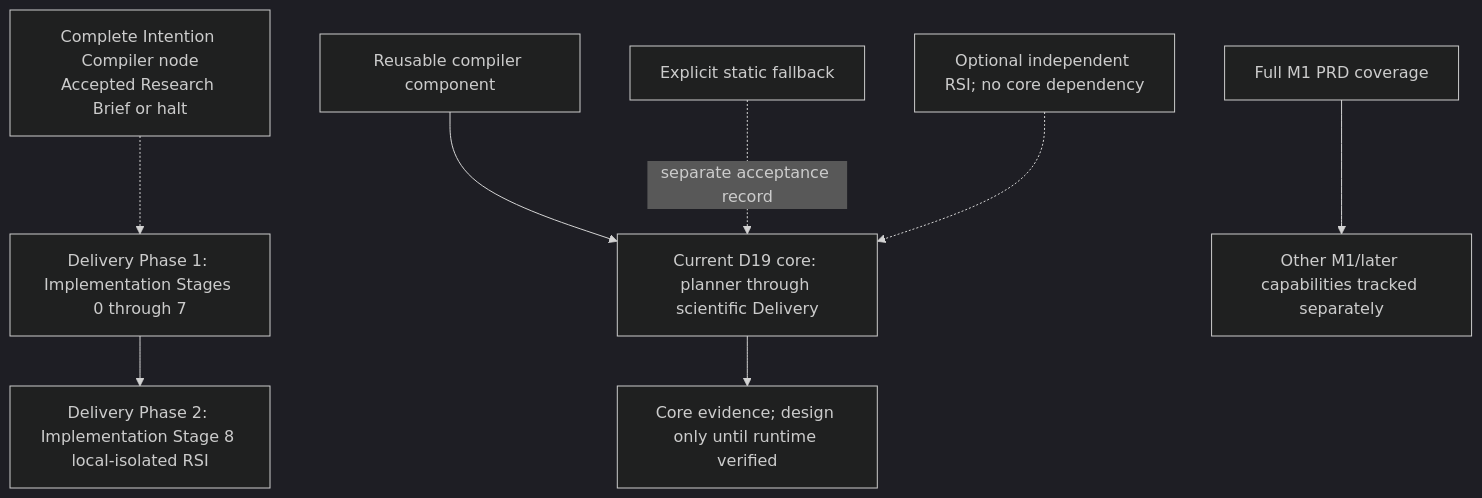
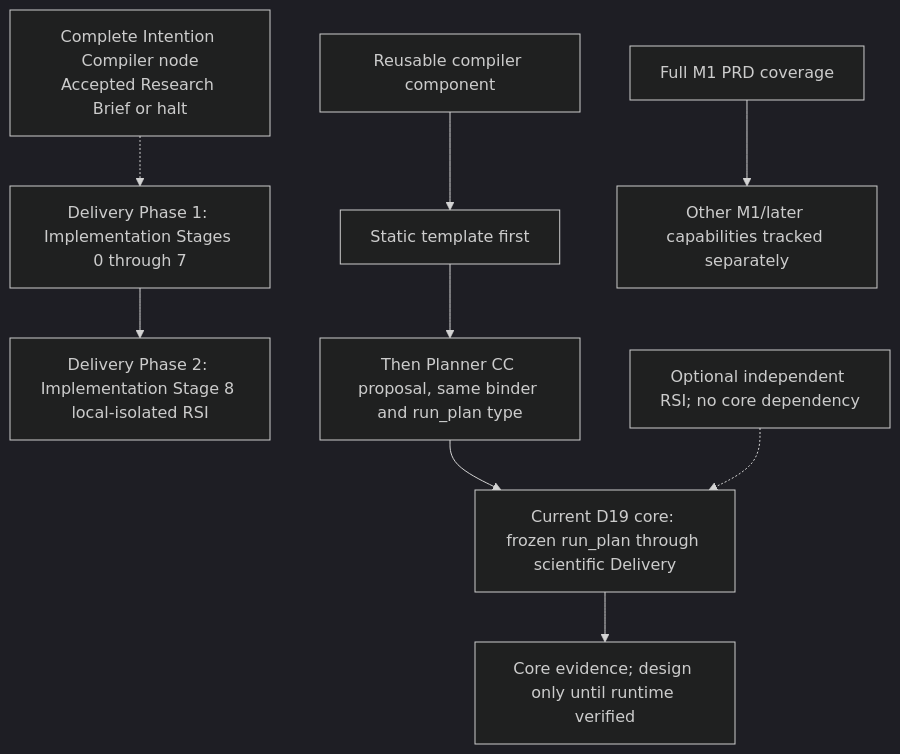
The diagram in docs/architecture/design-package/phase-details.md (Stellven/jiuwenswarm), drawn with Mermaid (dark theme) before and after one commit. The commit also changed other lines of this file and 86 other files, not shown here.

Commit message:
docs: fix stale diagrams and matching prose; re-render all views

````diff
--- a/docs/architecture/design-package/phase-details.md
+++ b/docs/architecture/design-package/phase-details.md
@@ -48,10 +48,11 @@
 ```mermaid
 flowchart TB
     Slice["Complete Intention Compiler node<br/>Accepted Research Brief or halt"] -.-> P1[Delivery Phase 1: Implementation Stages 0 through 7]
     P1 --> P2[Delivery Phase 2: Implementation Stage 8 local-isolated RSI]
-    Compiler[Reusable compiler component] --> Core[Current D19 core: planner through scientific Delivery]
-    Static[Explicit static fallback] -. separate acceptance record .-> Core
+    Compiler[Reusable compiler component] --> Static[Static template first]
+    Static --> Planner[Then Planner CC proposal, same binder and run_plan type]
+    Planner --> Core[Current D19 core: frozen run_plan through scientific Delivery]
     Core --> Evidence[Core evidence; design only until runtime verified]
     RSI[Optional independent RSI; no core dependency] -.-> Core
     PRD[Full M1 PRD coverage] --> Other[Other M1/later capabilities tracked separately]
 ```
````
